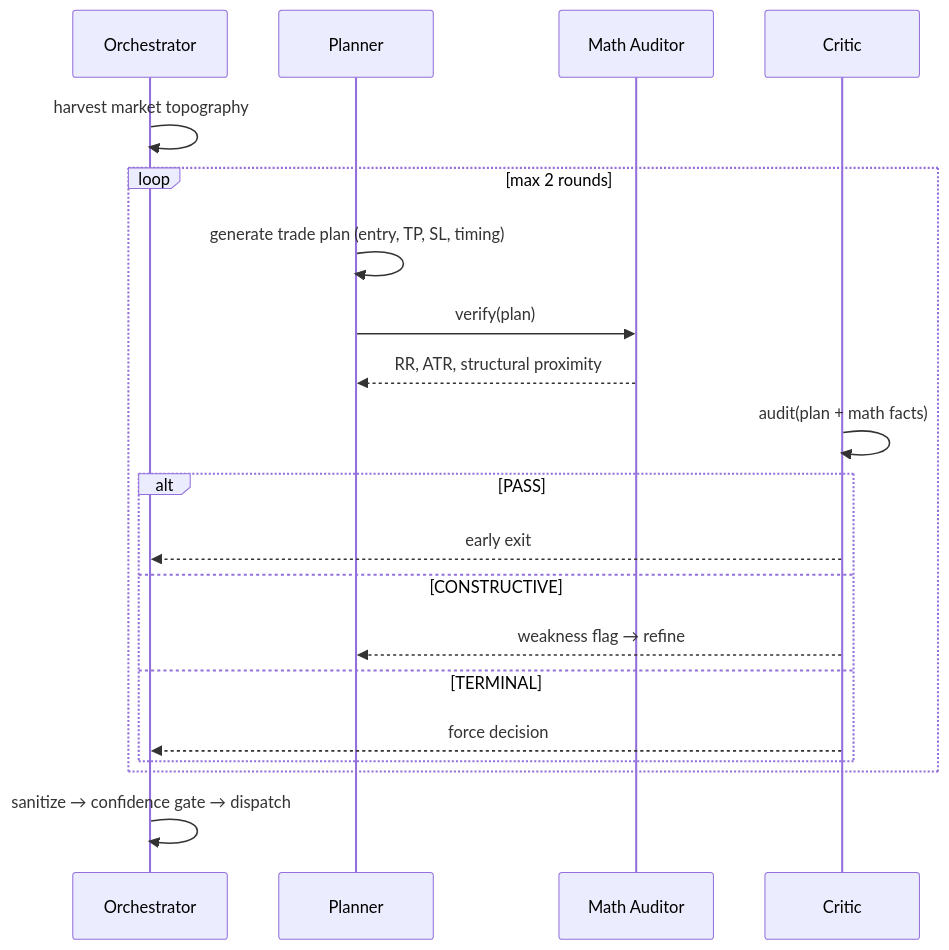
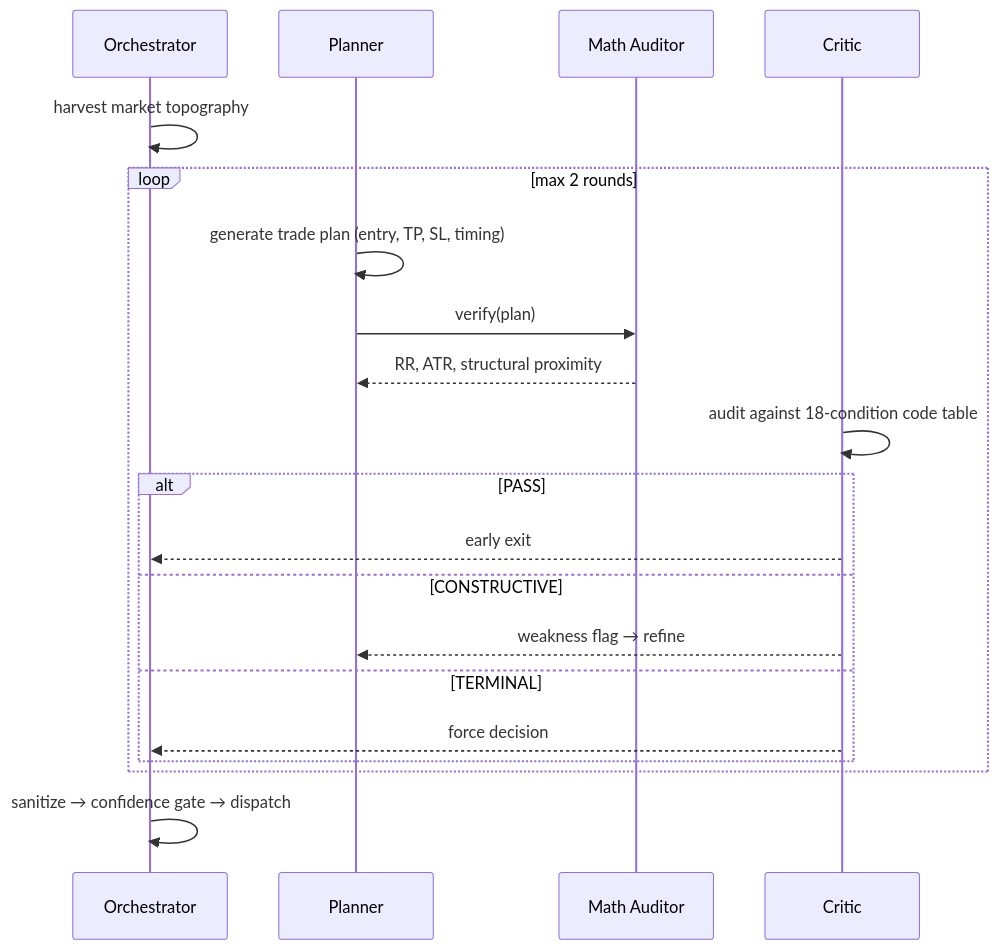
One commit to jiangyang5157/binary-star changed the first of 2 diagrams in README.md. Above: the diagram before and after it, drawn with Mermaid. The commit also changed other lines of this file and 2 other files, not shown here.

````diff
--- a/README.md
+++ b/README.md
@@ -13,23 +11,23 @@
 ```mermaid
 sequenceDiagram
     participant BSO as Orchestrator
     participant SA as Planner
     participant MFC as Math Auditor
     participant CA as Critic
 
     BSO->>BSO: harvest market topography
     loop max 2 rounds
         SA->>SA: generate trade plan (entry, TP, SL, timing)
         SA->>MFC: verify(plan)
         MFC-->>SA: RR, ATR, structural proximity
-        CA->>CA: audit(plan + math facts)
+        CA->>CA: audit against 18-condition code table
         alt PASS
             CA-->>BSO: early exit
         else CONSTRUCTIVE
             CA-->>SA: weakness flag → refine
         else TERMINAL
             CA-->>BSO: force decision
         end
     end
     BSO->>BSO: sanitize → confidence gate → dispatch
 ```
````
